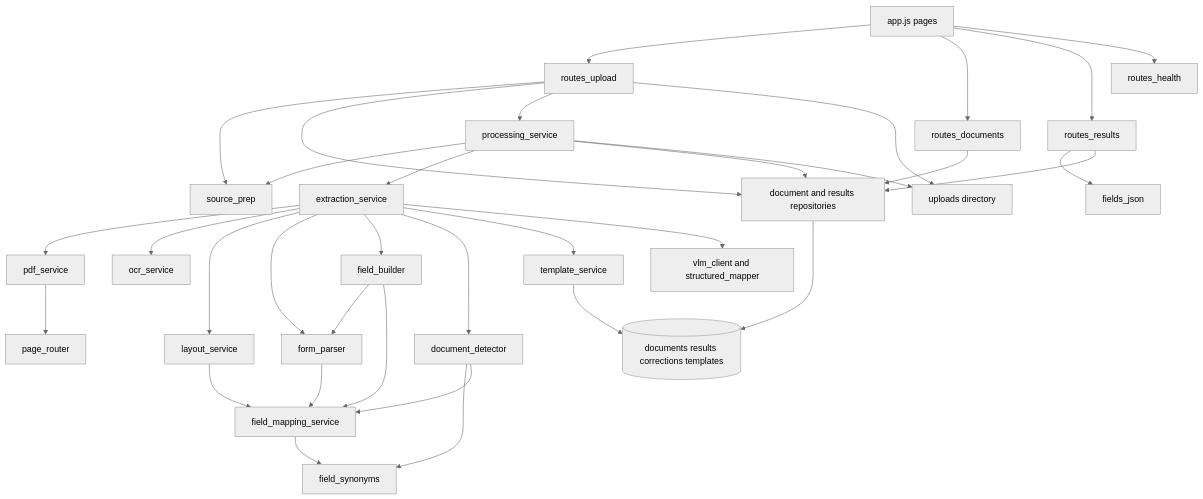
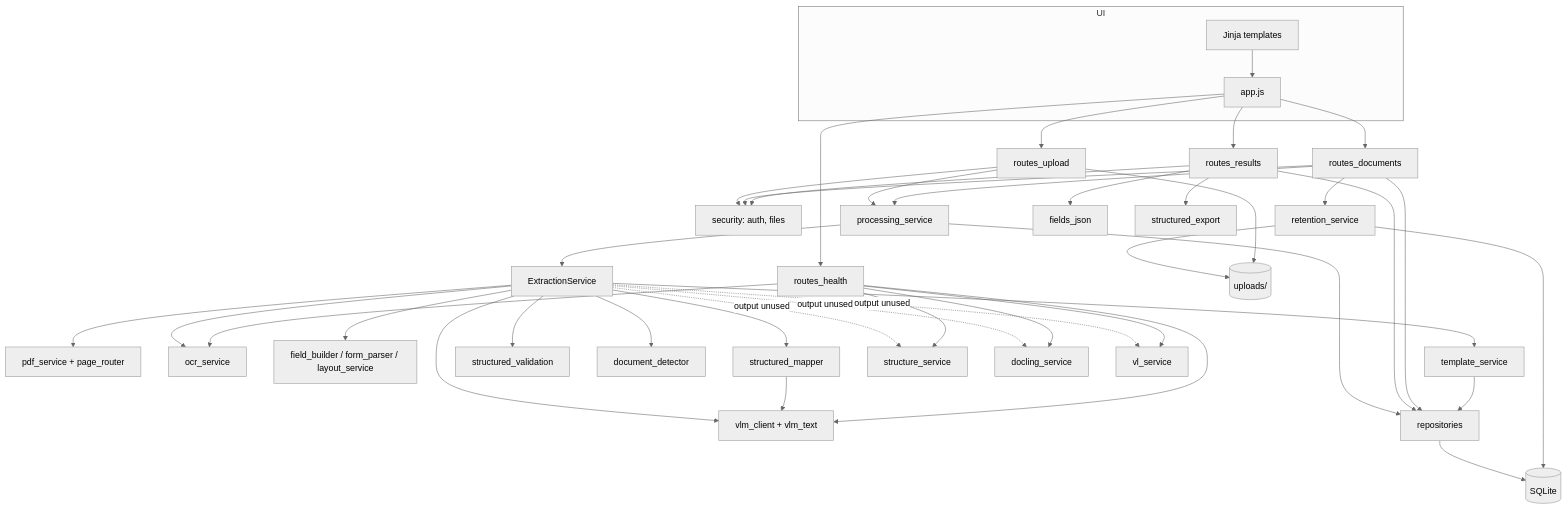
Before and after one commit to BCSS-Nandeep/CHARGE_SHEET_OCR: the fourth of 4 diagrams in CHARGE_SHEET_OCR-application-analysis.md, drawn with Mermaid (neutral theme). The commit also changed other lines of this file, not shown here.

````diff
--- a/CHARGE_SHEET_OCR-application-analysis.md
+++ b/CHARGE_SHEET_OCR-application-analysis.md
@@ -874,60 +564,44 @@
 ```mermaid
 flowchart TD
-    UI[app.js pages]
-    UP[routes_upload]
-    DOC[routes_documents]
-    RES[routes_results]
-    HEALTH[routes_health]
-    PROC[processing_service]
-    PREP[source_prep]
-    EXT[extraction_service]
-    PDF[pdf_service]
-    ROUTE[page_router]
-    OCR[ocr_service]
-    LAY[layout_service]
-    FORM[form_parser]
-    BUILD[field_builder]
-    MAP[field_mapping_service]
-    SYN[field_synonyms]
-    JSON[fields_json]
-    VLM[vlm_client and structured_mapper]
-    DET[document_detector]
-    TPL[template_service]
-    REPO[document and results repositories]
-    DB[(documents results corrections templates)]
-    FS[uploads directory]
-
-    UI --> UP
-    UI --> DOC
-    UI --> RES
-    UI --> HEALTH
-    UP --> PREP
-    UP --> REPO
-    UP --> PROC
-    PROC --> PREP
-    PROC --> EXT
-    PROC --> REPO
-    EXT --> PDF
-    PDF --> ROUTE
-    EXT --> OCR
-    EXT --> LAY
-    EXT --> FORM
-    EXT --> BUILD
-    BUILD --> FORM
-    BUILD --> MAP
-    FORM --> MAP
-    LAY --> MAP
-    MAP --> SYN
-    DET --> SYN
-    DET --> MAP
-    EXT --> DET
-    EXT --> TPL
-    EXT --> VLM
-    RES --> JSON
-    RES --> REPO
-    DOC --> REPO
-    TPL --> DB
-    REPO --> DB
-    UP --> FS
-    PROC --> FS
+    subgraph UI
+      HTML[Jinja templates] --> JS[app.js]
+    end
+    JS --> RU[routes_upload]
+    JS --> RD[routes_documents]
+    JS --> RR[routes_results]
+    JS --> RH[routes_health]
+    RU --> SEC[security: auth, files]
+    RD --> SEC
+    RR --> SEC
+    RU --> PS[processing_service]
+    RD --> PS
+    RD --> RET[retention_service]
+    PS --> ES[ExtractionService]
+    ES --> PDF[pdf_service + page_router]
+    ES --> OCR[ocr_service]
+    ES --> VLMC[vlm_client + vlm_text]
+    ES --> FBLD[field_builder / form_parser / layout_service]
+    ES --> SMAP[structured_mapper]
+    SMAP --> VLMC
+    ES --> SVAL[structured_validation]
+    ES --> DET[document_detector]
+    ES --> TPL[template_service]
+    ES -.output unused.-> STR[structure_service]
+    ES -.output unused.-> DOC[docling_service]
+    ES -.output unused.-> VL[vl_service]
+    RR --> FJ[fields_json]
+    RR --> SEXP[structured_export]
+    PS --> REPO[repositories]
+    RR --> REPO
+    RD --> REPO
+    TPL --> REPO
+    REPO --> DB[(SQLite)]
+    RET --> DB
+    RET --> FS[(uploads/)]
+    RU --> FS
+    RH --> OCR
+    RH --> VLMC
+    RH --> STR
+    RH --> DOC
+    RH --> VL
 ```
````
